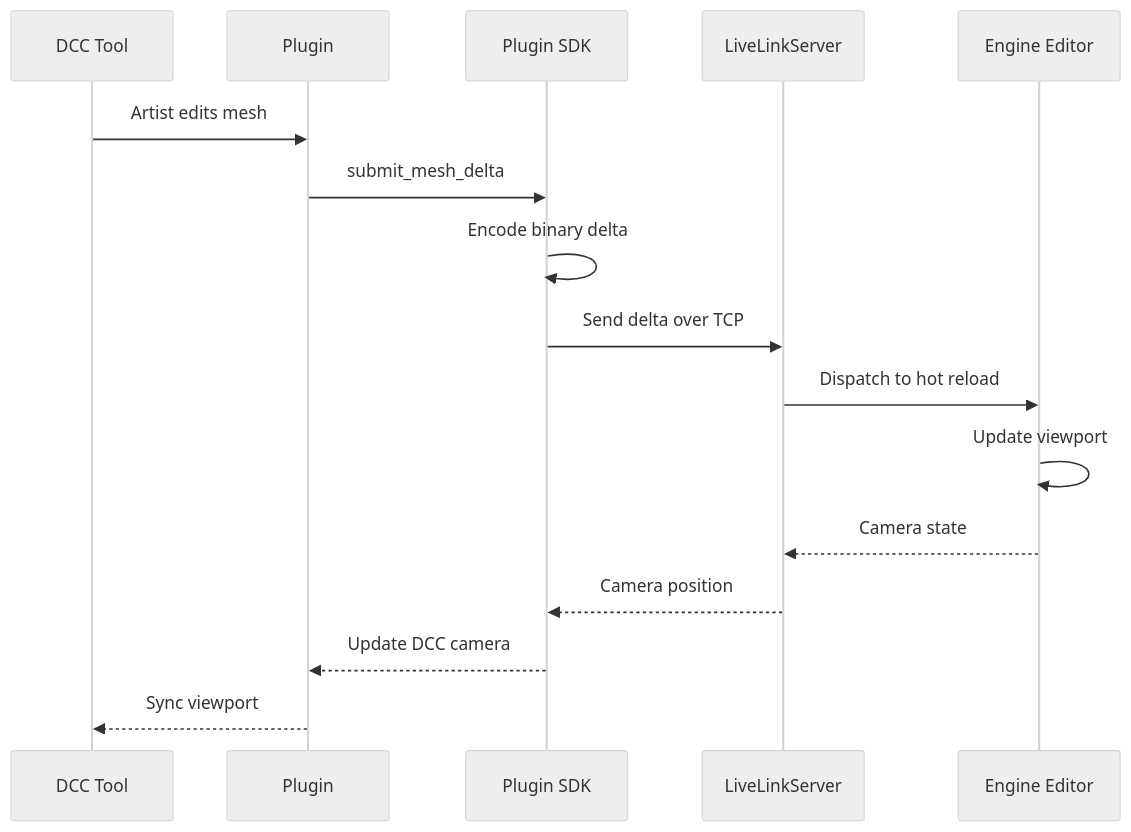
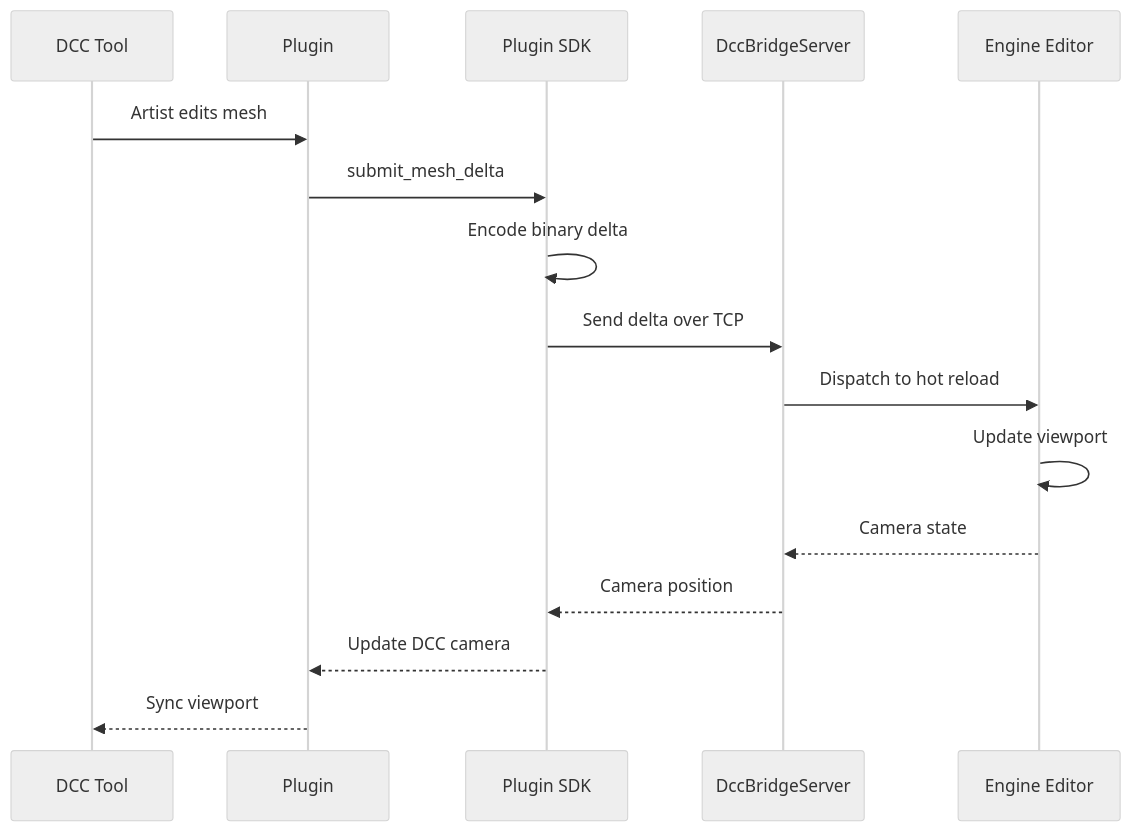
Before and after one commit to harmonius-dev/harmonius: the third of 9 diagrams in docs/design/content-pipeline/dcc-versioning.md, drawn with Mermaid (neutral theme). The commit also changed other lines of this file and 582 other files, not shown here.

````diff
--- a/docs/design/content-pipeline/dcc-versioning.md
+++ b/docs/design/content-pipeline/dcc-versioning.md
@@ -322,19 +322,19 @@
 ```mermaid
 sequenceDiagram
     participant DCC as DCC Tool
     participant PLG as Plugin
     participant SDK as Plugin SDK
-    participant LL as LiveLinkServer
+    participant LL as DccBridgeServer
     participant ENG as Engine Editor
 
     DCC->>PLG: Artist edits mesh
     PLG->>SDK: submit_mesh_delta
     SDK->>SDK: Encode binary delta
     SDK->>LL: Send delta over TCP
     LL->>ENG: Dispatch to hot reload
     ENG->>ENG: Update viewport
     ENG-->>LL: Camera state
     LL-->>SDK: Camera position
     SDK-->>PLG: Update DCC camera
     PLG-->>DCC: Sync viewport
 ```
````
